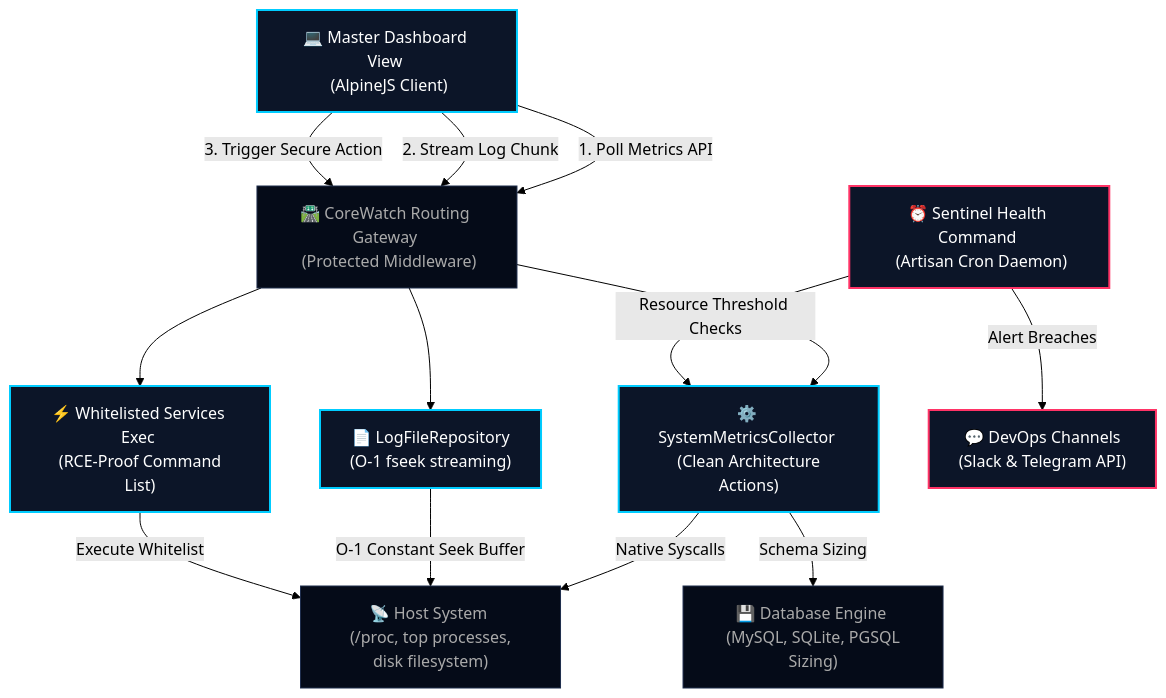
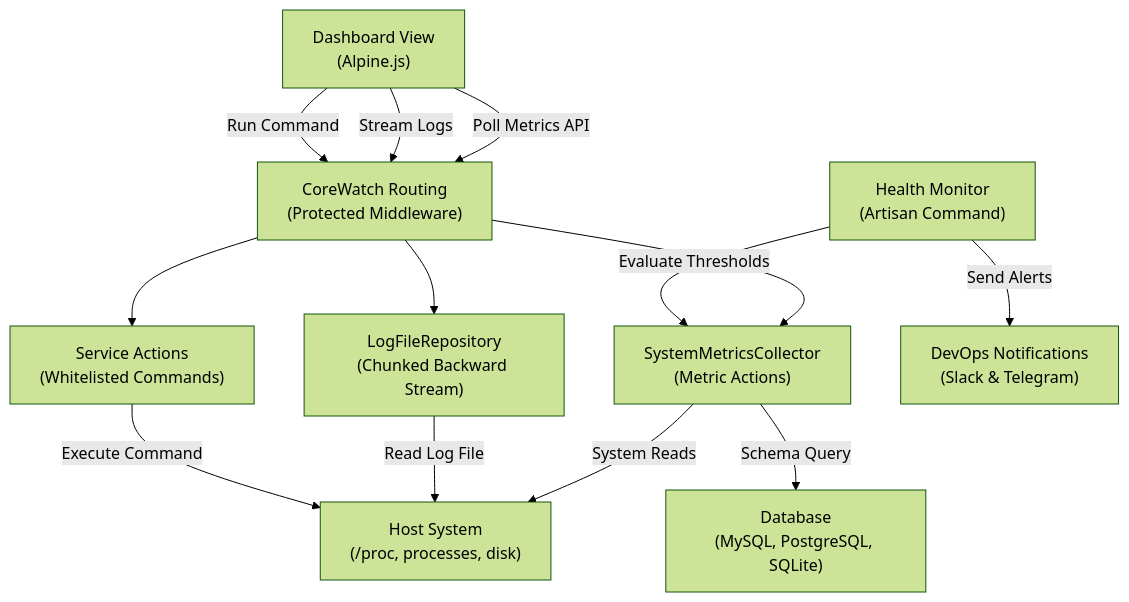
Before and after one commit to hamdyelbatal122/corewatch: the diagram in README.md, drawn with Mermaid (forest theme). The commit also changed other lines of this file and 2 other files, not shown here.

Commit message:
docs: document system doctor, alert testing command, and v2.2.0 release notes

````diff
--- a/README.md
+++ b/README.md
@@ -82,38 +82,26 @@
 ```mermaid
 graph TD
-    %% Elements
-    A["💻 Master Dashboard View <br> (AlpineJS Client)"]
-    B["🛣️ CoreWatch Routing Gateway <br> (Protected Middleware)"]
-    C["⚙️ SystemMetricsCollector <br> (Clean Architecture Actions)"]
-    D["📄 LogFileRepository <br> (O-1 fseek streaming)"]
-    E["⚡ Whitelisted Services Exec <br> (RCE-Proof Command List)"]
-    F["⏰ Sentinel Health Command <br> (Artisan Cron Daemon)"]
+    A["Dashboard View<br>(Alpine.js)"]
+    B["CoreWatch Routing<br>(Protected Middleware)"]
+    C["SystemMetricsCollector<br>(Metric Actions)"]
+    D["LogFileRepository<br>(Chunked Backward Stream)"]
+    E["Service Actions<br>(Whitelisted Commands)"]
+    F["Health Monitor<br>(Artisan Command)"]
     
-    G["📡 Host System <br> (/proc, top processes, disk filesystem)"]
-    H["💾 Database Engine <br> (MySQL, SQLite, PGSQL Sizing)"]
-    I["💬 DevOps Channels <br> (Slack & Telegram API)"]
+    G["Host System<br>(/proc, processes, disk)"]
+    H["Database<br>(MySQL, PostgreSQL, SQLite)"]
+    I["DevOps Notifications<br>(Slack & Telegram)"]
 
-    %% Styling Definitions
-    classDef primary fill:#0c1528,stroke:#00ccff,stroke-width:2px,color:#fff;
-    classDef secondary fill:#050b18,stroke:#1f2e4d,stroke-width:1px,color:#aaa;
-    classDef alert fill:#0c1528,stroke:#ff3366,stroke-width:2px,color:#fff;
-
-    %% Class Assignments
-    class A,C,D,E primary;
-    class B,G,H secondary;
-    class F,I alert;
-
-    %% Connections
-    A -->|1. Poll Metrics API| B
+    A -->|Poll Metrics API| B
     B --> C
-    C -->|Native Syscalls| G
-    C -->|Schema Sizing| H
-    A -->|2. Stream Log Chunk| B
+    C -->|System Reads| G
+    C -->|Schema Query| H
+    A -->|Stream Logs| B
     B --> D
-    D -->|O-1 Constant Seek Buffer| G
-    A -->|3. Trigger Secure Action| B
+    D -->|Read Log File| G
+    A -->|Run Command| B
     B --> E
-    E -->|Execute Whitelist| G
-    F -->|Resource Threshold Checks| C
-    F -->|Alert Breaches| I
+    E -->|Execute Command| G
+    F -->|Evaluate Thresholds| C
+    F -->|Send Alerts| I
 ```
````
